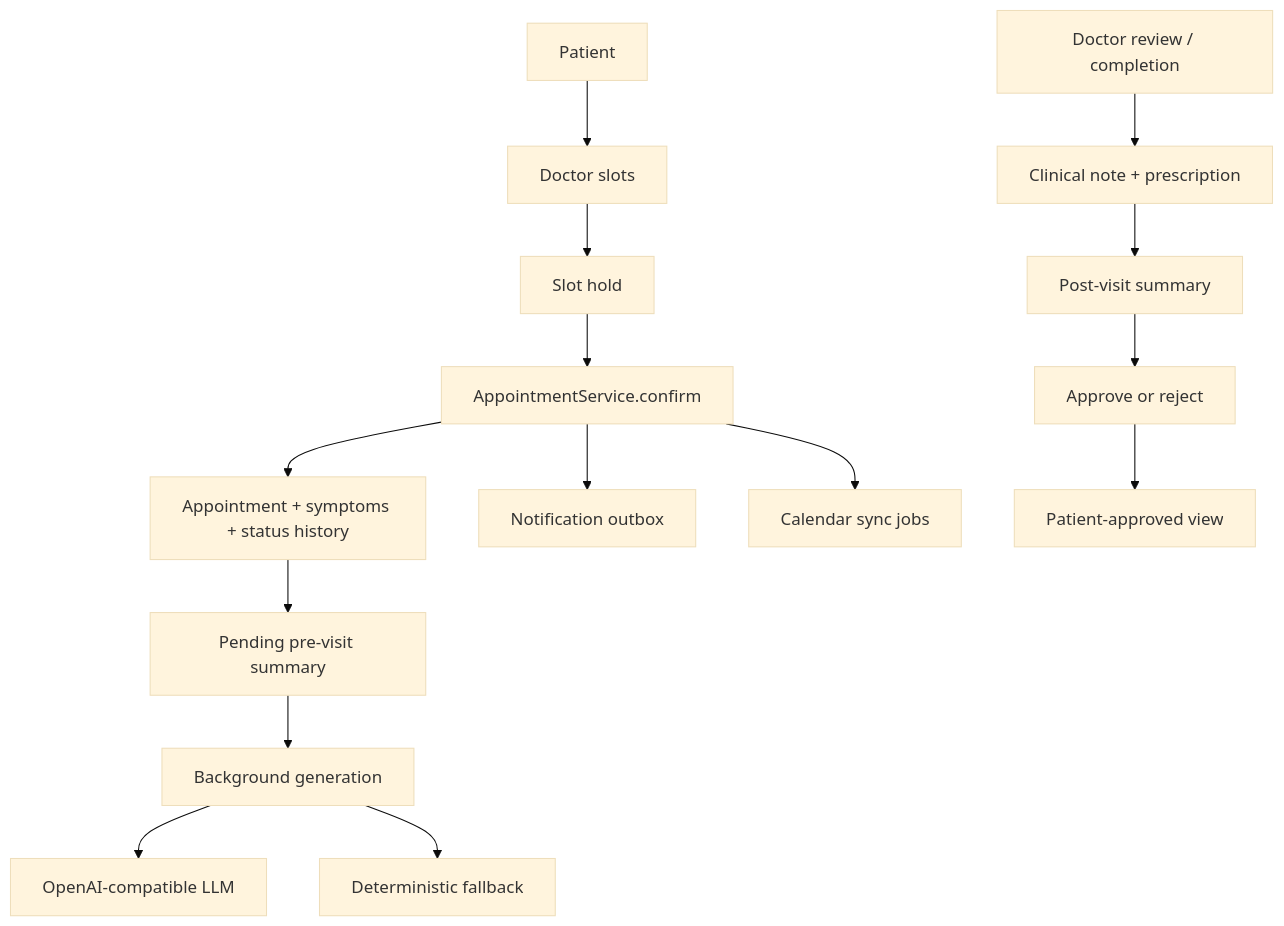
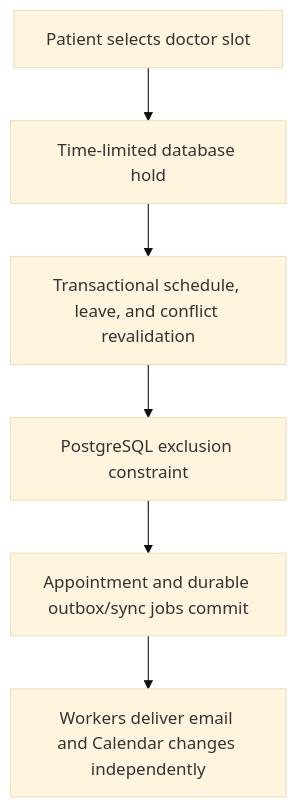
The second of 3 diagrams in README.md (vivekvattem/careloop), drawn with Mermaid (base theme) before and after one commit. The commit also changed other lines of this file and 6 other files, not shown here.

````diff
--- a/README.md
+++ b/README.md
@@ -41,17 +71,8 @@
 ```mermaid
 flowchart TB
-    Patient["Patient"] --> Slots["Doctor slots"]
-    Slots --> Hold["Slot hold"]
-    Hold --> Confirm["AppointmentService.confirm"]
-    Confirm --> Appointment["Appointment + symptoms + status history"]
-    Confirm --> Outbox["Notification outbox"]
-    Confirm --> CalendarJobs["Calendar sync jobs"]
-    Appointment --> PreVisit["Pending pre-visit summary"]
-    PreVisit --> PreWorker["Background generation"]
-    PreWorker --> LLM["OpenAI-compatible LLM"]
-    PreWorker --> PreFallback["Deterministic fallback"]
-    Doctor["Doctor review / completion"] --> Clinical["Clinical note + prescription"]
-    Clinical --> PostVisit["Post-visit summary"]
-    PostVisit --> Review["Approve or reject"]
-    Review --> PatientView["Patient-approved view"]
+    Select["Patient selects doctor slot"] --> Hold["Time-limited database hold"]
+    Hold --> Validate["Transactional schedule, leave, and conflict revalidation"]
+    Validate --> Exclude["PostgreSQL exclusion constraint"]
+    Exclude --> Commit["Appointment and durable outbox/sync jobs commit"]
+    Commit --> Workers["Workers deliver email and Calendar changes independently"]
 ```
````
